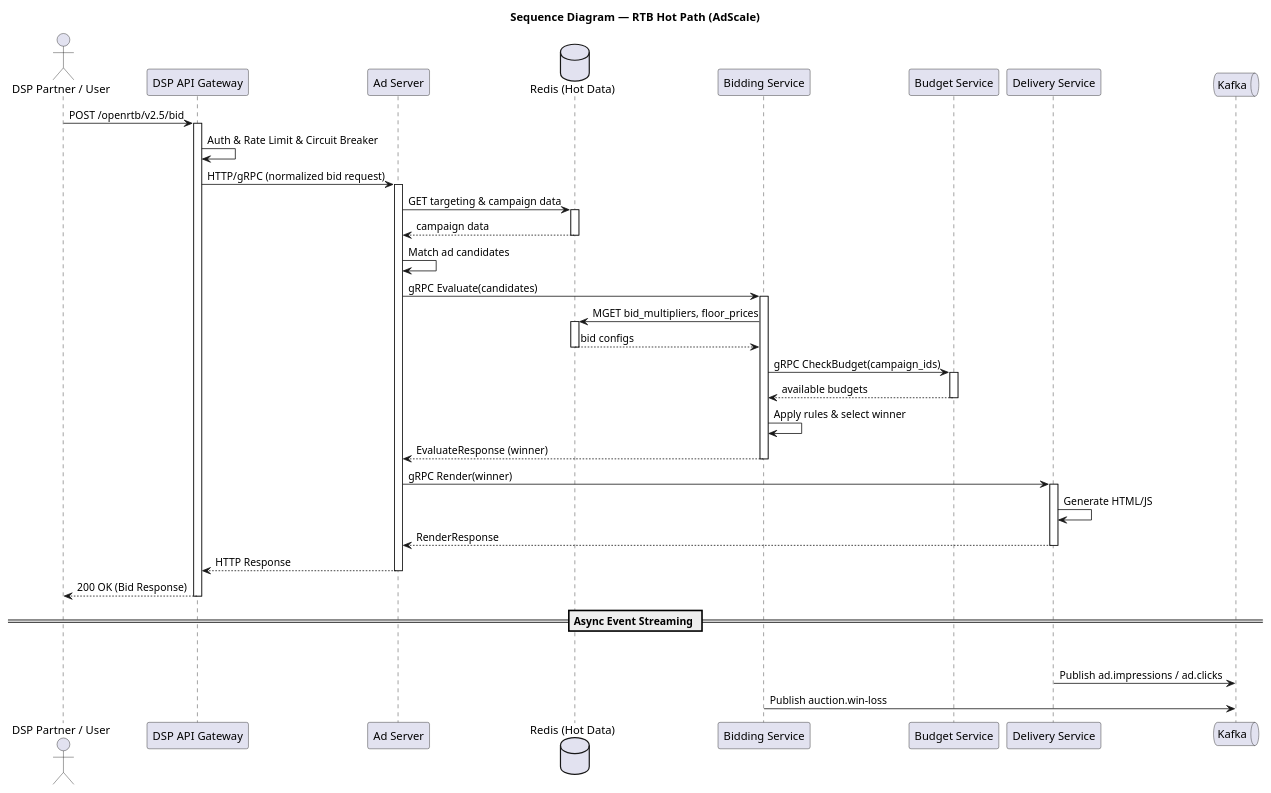
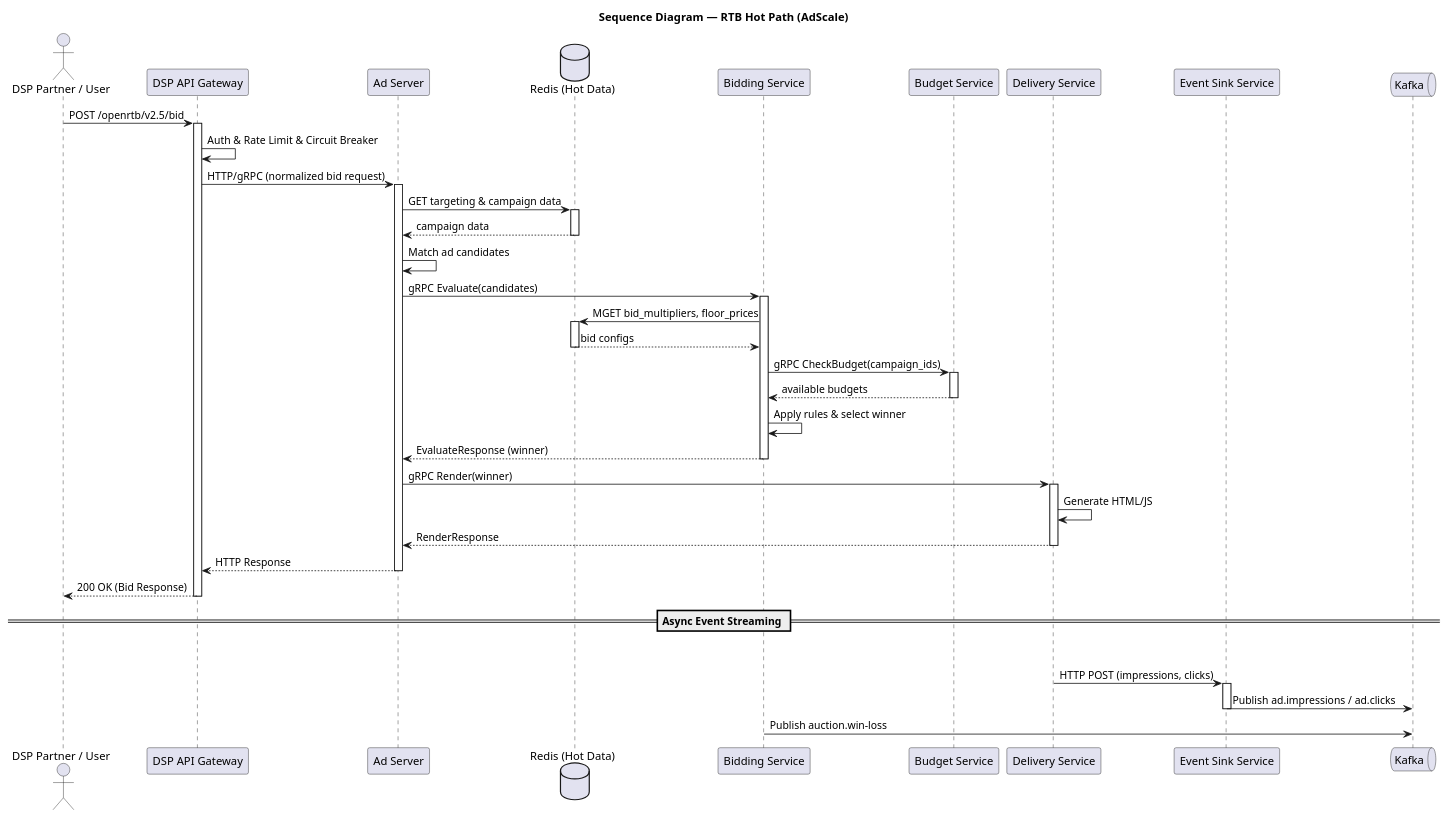
The diagram in Task2/diagrams/interaction-sequence.puml (NovikovMS/Solution-AdScale), drawn with PlantUML before and after one commit. The commit also changed 3 other files, not shown here.

```diff
--- a/Task2/diagrams/interaction-sequence.puml
+++ b/Task2/diagrams/interaction-sequence.puml
@@ -1,59 +1,63 @@
 @startuml
 title Sequence Diagram — RTB Hot Path (AdScale)
 
 actor "DSP Partner / User" as DSP
 participant "DSP API Gateway" as Gateway
 participant "Ad Server" as AdServer
 database "Redis (Hot Data)" as Redis
 participant "Bidding Service" as Bidding
 participant "Budget Service" as Budget
 participant "Delivery Service" as Delivery
+participant "Event Sink Service" as EventSink
 queue "Kafka" as Kafka
 
 DSP -> Gateway: POST /openrtb/v2.5/bid
 activate Gateway
 Gateway -> Gateway: Auth & Rate Limit & Circuit Breaker
 Gateway -> AdServer: HTTP/gRPC (normalized bid request)
 activate AdServer
 
 AdServer -> Redis: GET targeting & campaign data
 activate Redis
 Redis --> AdServer: campaign data
 deactivate Redis
 
 AdServer -> AdServer: Match ad candidates
 AdServer -> Bidding: gRPC Evaluate(candidates)
 activate Bidding
 
 Bidding -> Redis: MGET bid_multipliers, floor_prices
 activate Redis
 Redis --> Bidding: bid configs
 deactivate Redis
 
 Bidding -> Budget: gRPC CheckBudget(campaign_ids)
 activate Budget
 Budget --> Bidding: available budgets
 deactivate Budget
 
 Bidding -> Bidding: Apply rules & select winner
 Bidding --> AdServer: EvaluateResponse (winner)
 deactivate Bidding
 
 AdServer -> Delivery: gRPC Render(winner)
 activate Delivery
 Delivery -> Delivery: Generate HTML/JS
 Delivery --> AdServer: RenderResponse
 deactivate Delivery
 
 AdServer --> Gateway: HTTP Response
 deactivate AdServer
 
 Gateway --> DSP: 200 OK (Bid Response)
 deactivate Gateway
 
 == Async Event Streaming ==
-Delivery -[hidden]> Kafka: Async publish
-Delivery -> Kafka: Publish ad.impressions / ad.clicks
+Delivery -[hidden]> EventSink: Async publish
+Delivery -> EventSink: HTTP POST (impressions, clicks)
+activate EventSink
+EventSink -> Kafka: Publish ad.impressions / ad.clicks
+deactivate EventSink
 Bidding -> Kafka: Publish auction.win-loss
 
 @enduml
```
